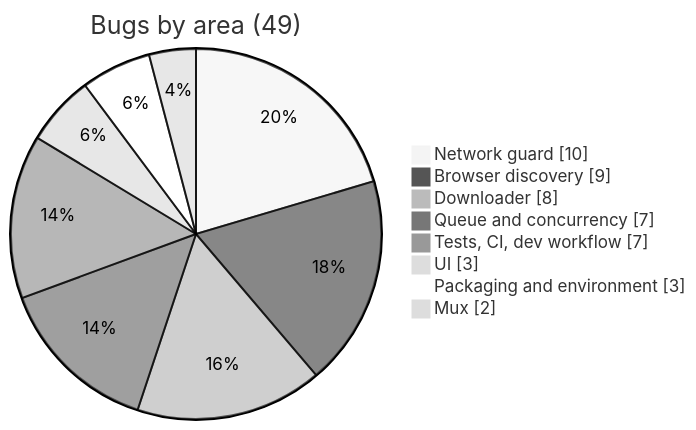
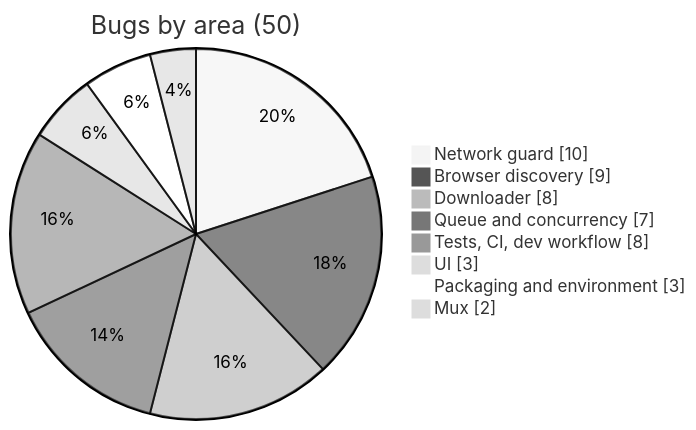
The third of 10 diagrams in docs/JOURNEY.md (XKeviNguyen/HighVi), drawn with Mermaid (neutral theme) before and after one commit. The commit also changed other lines of this file and 1 other file, not shown here.

First line of the commit message:
Tests wait for a slow Chrome window instead of giving up at 12 s

````diff
--- a/docs/JOURNEY.md
+++ b/docs/JOURNEY.md
@@ -70,12 +70,12 @@
 ```mermaid
 pie showData
-  title Bugs by area (49)
+  title Bugs by area (50)
   "Network guard" : 10
   "Browser discovery" : 9
   "Downloader" : 8
   "Queue and concurrency" : 7
-  "Tests, CI, dev workflow" : 7
+  "Tests, CI, dev workflow" : 8
   "UI" : 3
   "Packaging and environment" : 3
   "Mux" : 2
 ```
````
